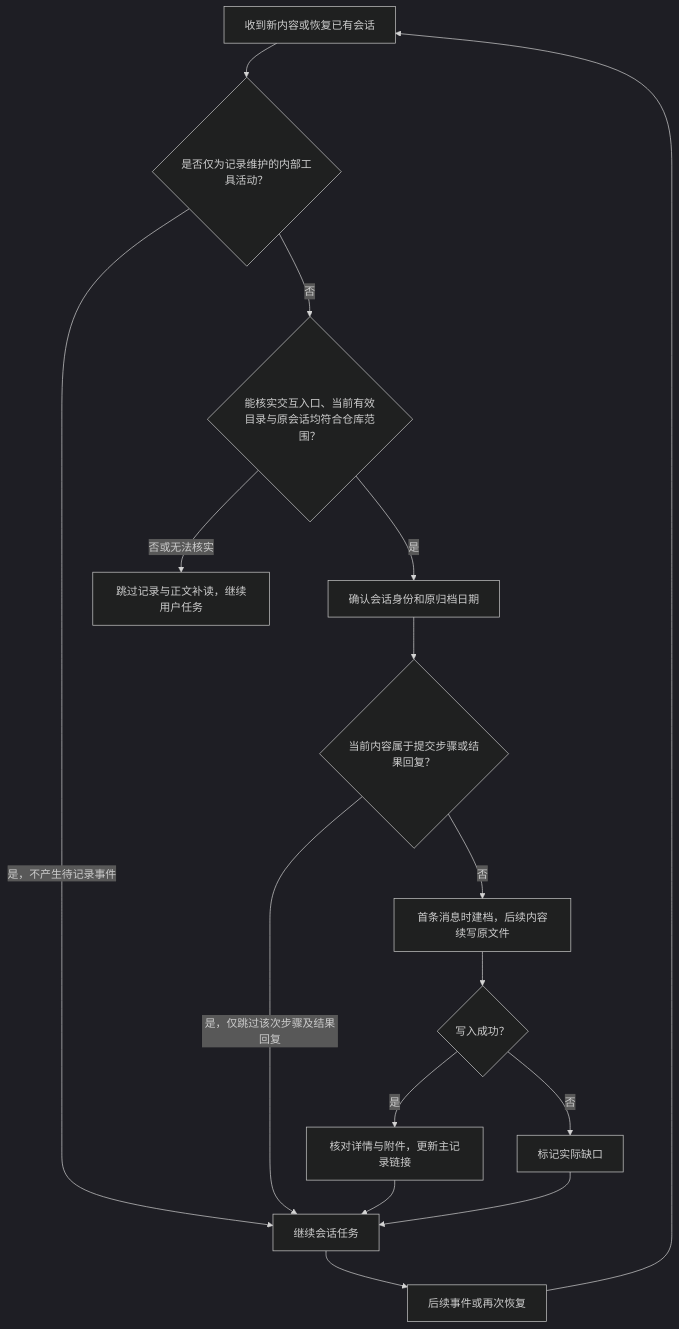
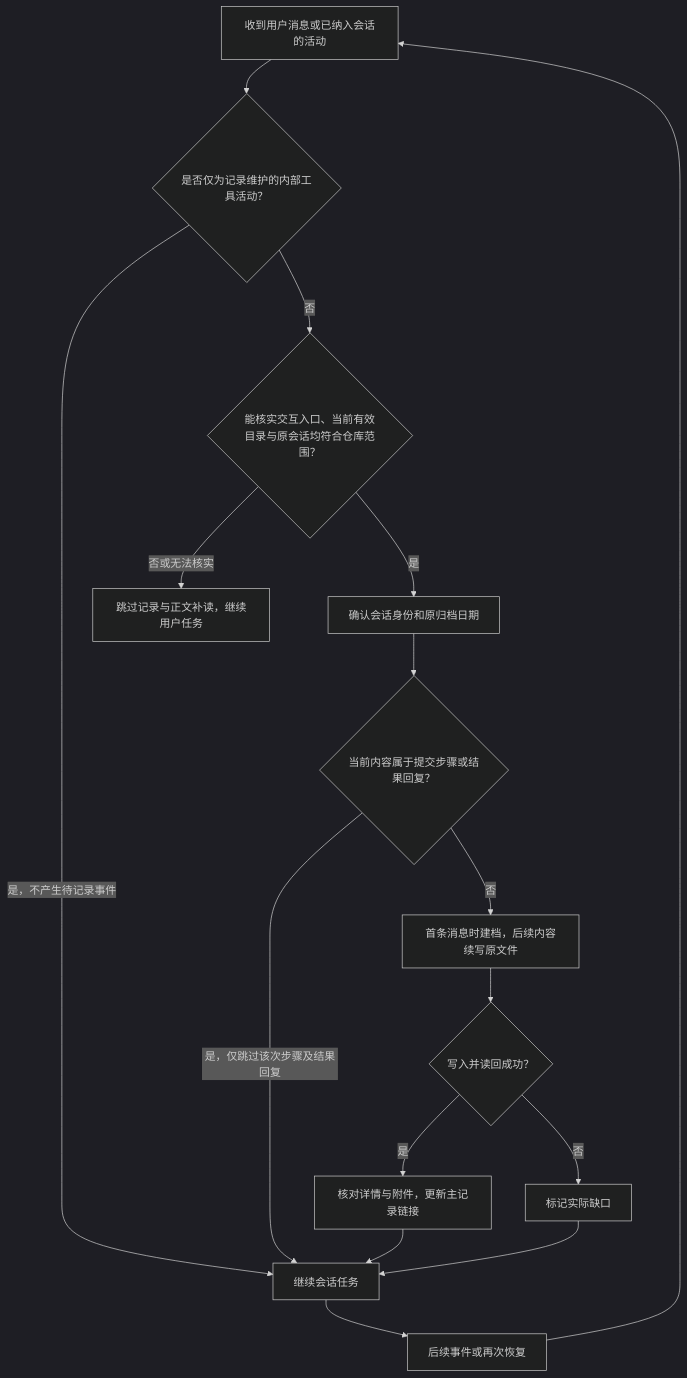
The second of 6 diagrams in specs/skills/002-conversation-to-skill/diagrams.md (Ena-Heleneto/agent-foundry), drawn with Mermaid (dark theme) before and after one commit. The commit also changed other lines of this file and 38 other files, not shown here.

````diff
--- a/specs/skills/002-conversation-to-skill/diagrams.md
+++ b/specs/skills/002-conversation-to-skill/diagrams.md
@@ -7,18 +23,18 @@
 ```mermaid
 flowchart TD
-    A["收到新内容或恢复已有会话"] --> R{"是否仅为记录维护的内部工具活动？"}
+    A["收到用户消息或已纳入会话的活动"] --> R{"是否仅为记录维护的内部工具活动？"}
     R -->|是，不产生待记录事件| G
     R -->|否| I{"能核实交互入口、当前有效目录与原会话均符合仓库范围？"}
     I -->|是| B["确认会话身份和原归档日期"]
     I -->|否或无法核实| J["跳过记录与正文补读，继续用户任务"]
     B --> K{"当前内容属于提交步骤或结果回复？"}
     K -->|是，仅跳过该次步骤及结果回复| G
     K -->|否| C["首条消息时建档，后续内容续写原文件"]
-    C --> D{"写入成功？"}
+    C --> D{"写入并读回成功？"}
     D -->|是| E["核对详情与附件，更新主记录链接"]
     D -->|否| F["标记实际缺口"]
     E --> G["继续会话任务"]
     F --> G
     G --> H["后续事件或再次恢复"]
     H --> A
 ```
````
